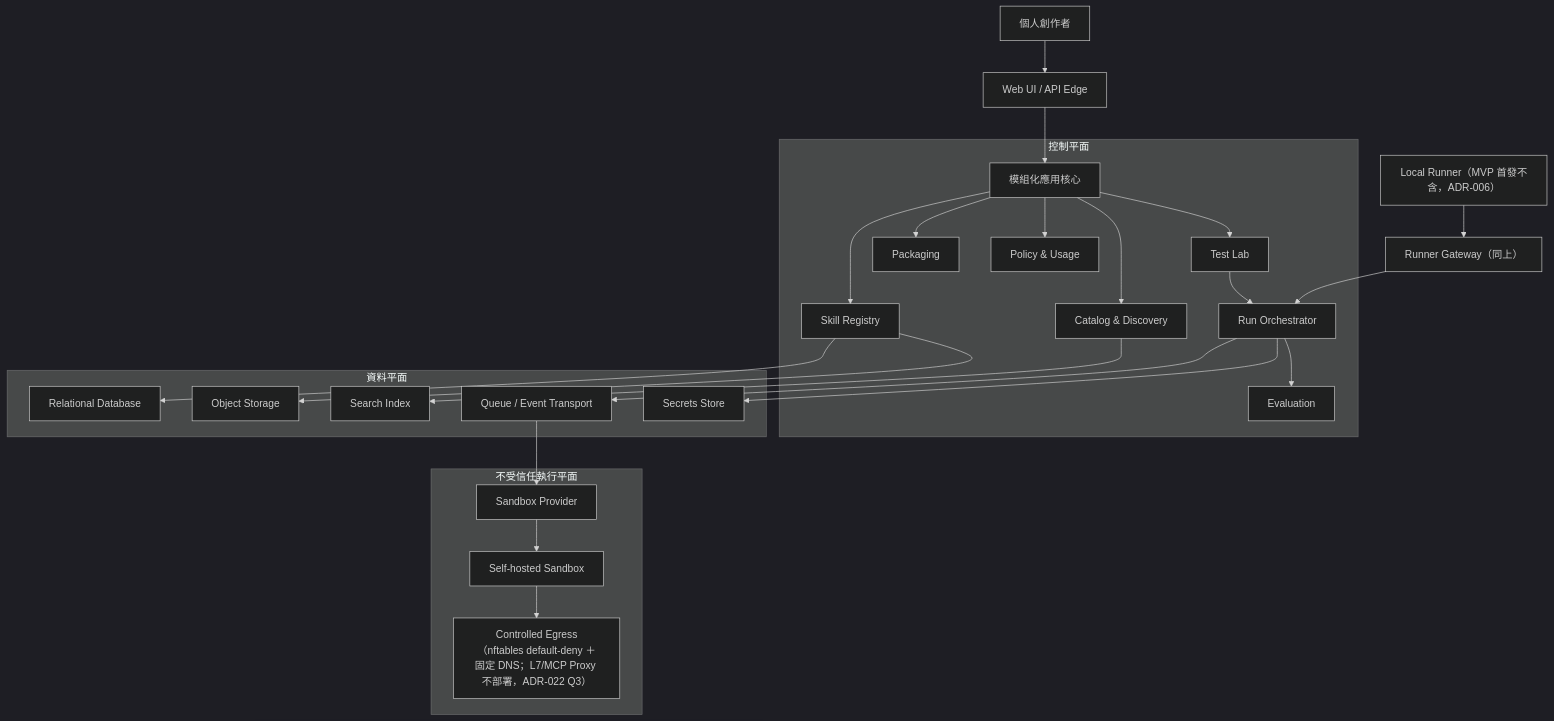
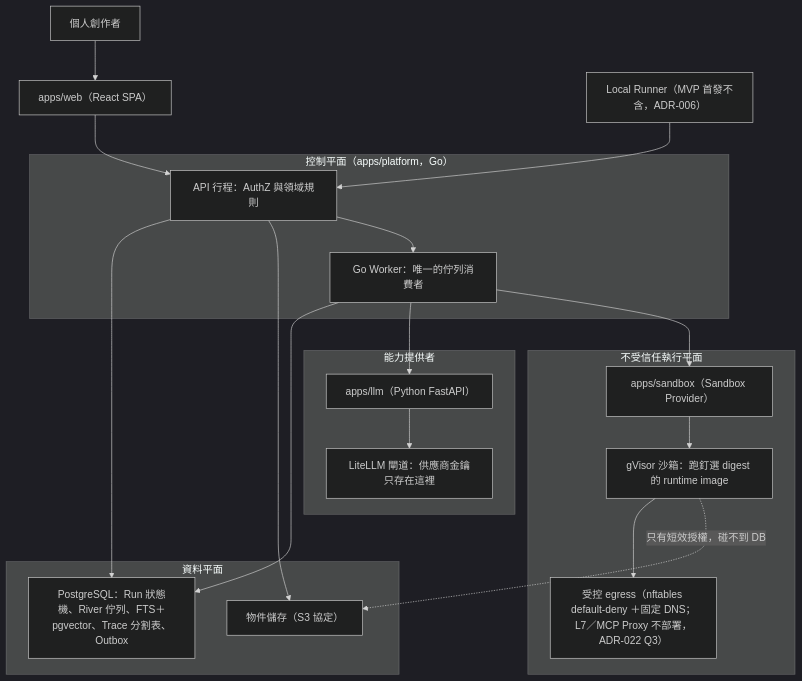
One commit to ArthurC02/SkillHub changed the diagram in docs/adr/README.md. Above: the diagram before and after it, drawn with Mermaid (dark theme). The commit also changed other lines of this file and 7 other files, not shown here.

````diff
--- a/docs/adr/README.md
+++ b/docs/adr/README.md
@@ -113,48 +113,38 @@
 ```mermaid
 flowchart TB
-    User["個人創作者"] --> UI["Web UI / API Edge"]
-    Runner["Local Runner（MVP 首發不含，ADR-006）"] --> RunnerGateway["Runner Gateway（同上）"]
+    User["個人創作者"] --> Web["apps/web（React SPA）"]
+    Runner["Local Runner（MVP 首發不含，ADR-006）"] --> API
 
-    subgraph Control["控制平面"]
-        App["模組化應用核心"]
-        Catalog["Catalog & Discovery"]
-        Registry["Skill Registry"]
-        Lab["Test Lab"]
-        Orchestrator["Run Orchestrator"]
-        Evaluation["Evaluation"]
-        Packaging["Packaging"]
-        Policy["Policy & Usage"]
+    subgraph Control["控制平面（apps/platform，Go）"]
+        API["API 行程：AuthZ 與領域規則"]
+        Worker["Go Worker：唯一的佇列消費者"]
     end
 
     subgraph Data["資料平面"]
-        DB["Relational Database"]
-        Object["Object Storage"]
-        Search["Search Index"]
-        Queue["Queue / Event Transport"]
-        Vault["Secrets Store"]
+        DB["PostgreSQL：Run 狀態機、River 佇列、FTS＋pgvector、Trace 分割表、Outbox"]
+        Object["物件儲存（S3 協定）"]
+    end
+
+    subgraph Capability["能力提供者"]
+        LLM["apps/llm（Python FastAPI）"]
+        Gateway["LiteLLM 閘道：供應商金鑰只存在這裡"]
     end
 
     subgraph Execution["不受信任執行平面"]
-        Provider["Sandbox Provider"]
-        Sandbox["Self-hosted Sandbox"]
-        Egress["Controlled Egress（nftables default-deny ＋固定 DNS；L7/MCP Proxy 不部署，ADR-022 Q3）"]
+        Provider["apps/sandbox（Sandbox Provider）"]
+        Sandbox["gVisor 沙箱：跑釘選 digest 的 runtime image"]
+        Egress["受控 egress（nftables default-deny ＋固定 DNS；L7／MCP Proxy 不部署，ADR-022 Q3）"]
     end
 
-    UI --> App
-    RunnerGateway --> Orchestrator
-    App --> Catalog
-    App --> Registry
-    App --> Lab
-    Lab --> Orchestrator
-    Orchestrator --> Evaluation
-    App --> Packaging
-    App --> Policy
-    Registry --> DB
-    Registry --> Object
-    Catalog --> Search
-    Orchestrator --> Queue
-    Orchestrator --> Vault
-    Queue --> Provider
+    Web --> API
+    API --> DB
+    API --> Object
+    API --> Worker
+    Worker --> DB
+    Worker --> LLM
+    Worker --> Provider
+    LLM --> Gateway
     Provider --> Sandbox
     Sandbox --> Egress
+    Sandbox -. "只有短效授權，碰不到 DB" .-> Object
 ```
````
